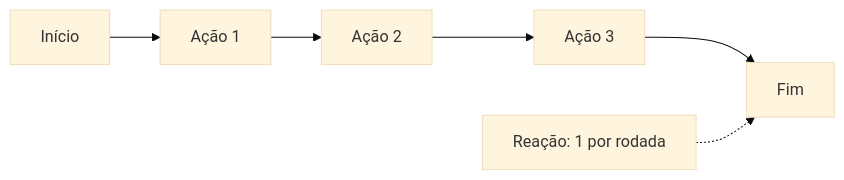
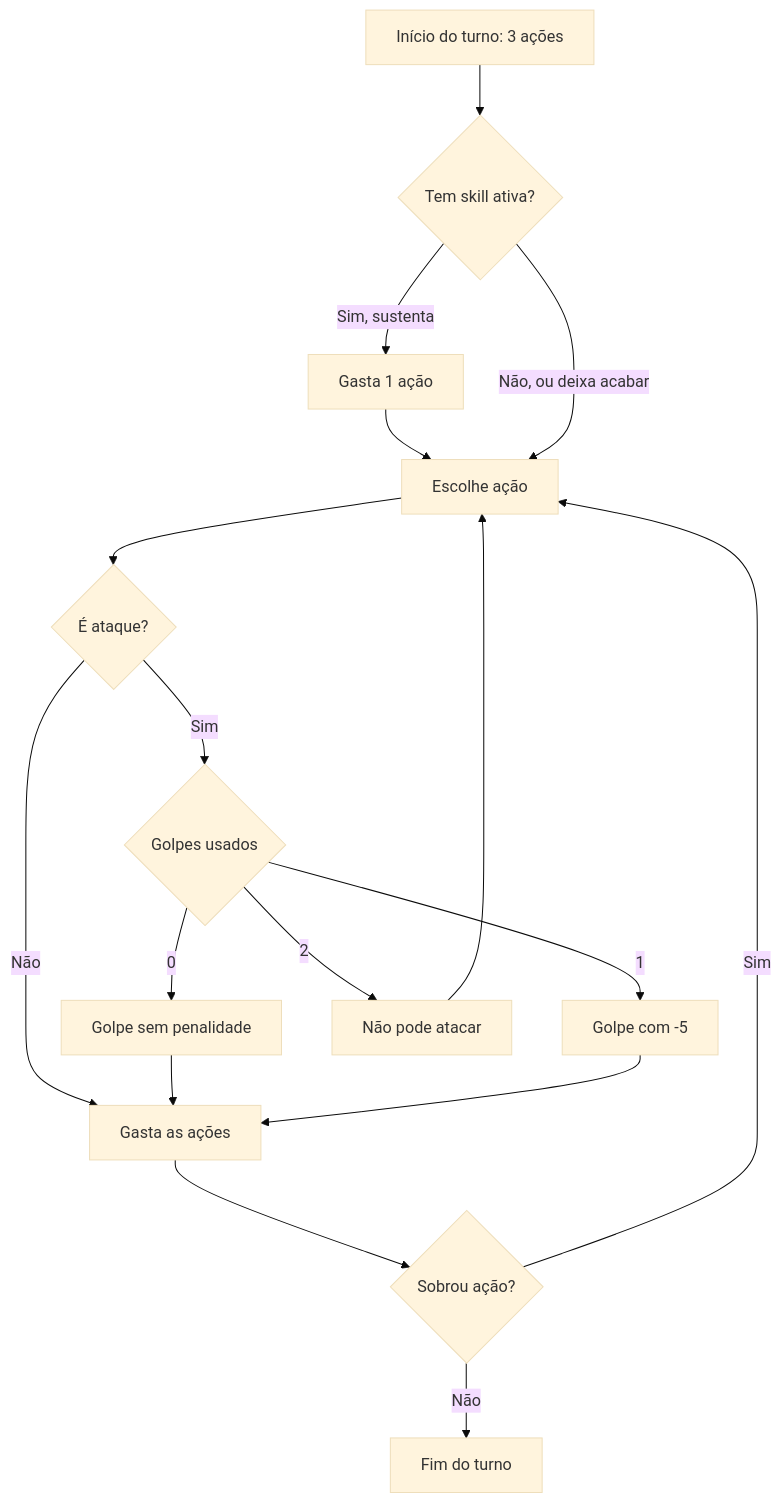
One commit to sidinei-silva/eras-do-brasil changed the diagram in docs/mecanicas/combate.md. Above: the diagram before and after it, drawn with Mermaid (base theme). The commit also changed other lines of this file, not shown here.

````diff
--- a/docs/mecanicas/combate.md
+++ b/docs/mecanicas/combate.md
@@ -11,5 +21,18 @@
 ```mermaid
-flowchart LR
-  I[Início] --> A1[Ação 1] --> A2[Ação 2] --> A3[Ação 3] --> F[Fim]
-  R[Reação: 1 por rodada] -.-> F
+flowchart TD
+  I[Início do turno: 3 ações] --> S{Tem skill ativa?}
+  S -->|Sim, sustenta| S1[Gasta 1 ação] --> E
+  S -->|Não, ou deixa acabar| E[Escolhe ação]
+  E --> Q{É ataque?}
+  Q -->|Não| G[Gasta as ações]
+  Q -->|Sim| N{Golpes usados}
+  N -->|0| P1[Golpe sem penalidade]
+  N -->|1| P2[Golpe com -5]
+  N -->|2| X[Não pode atacar]
+  P1 --> G
+  P2 --> G
+  X --> E
+  G --> R{Sobrou ação?}
+  R -->|Sim| E
+  R -->|Não| F[Fim do turno]
 ```
````
